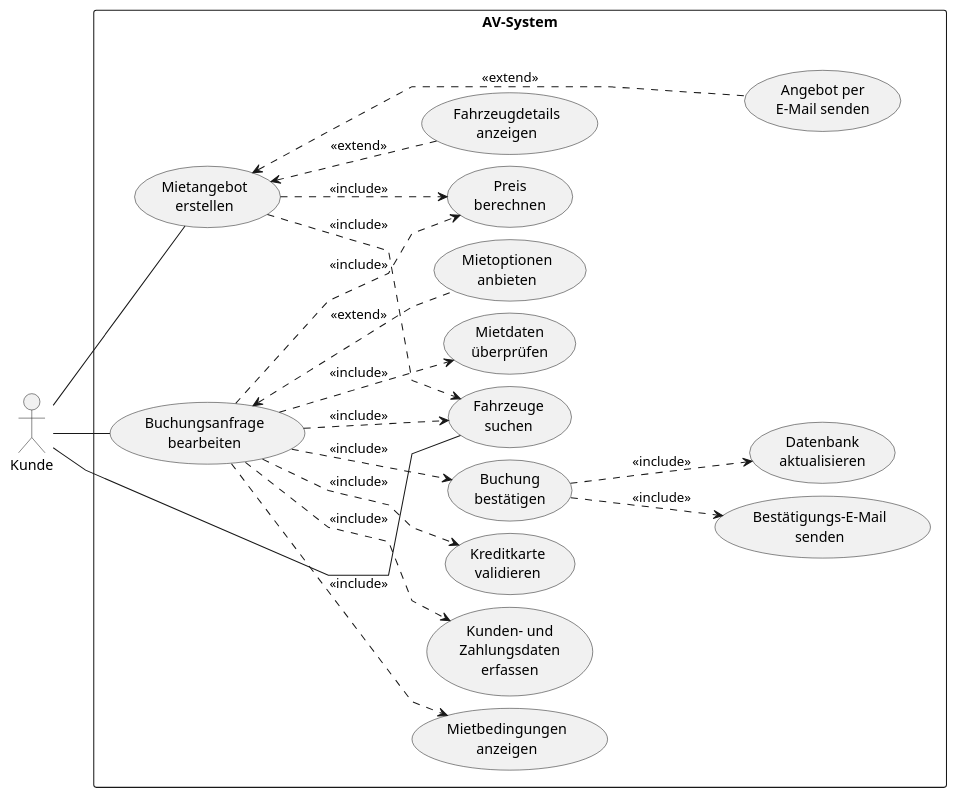
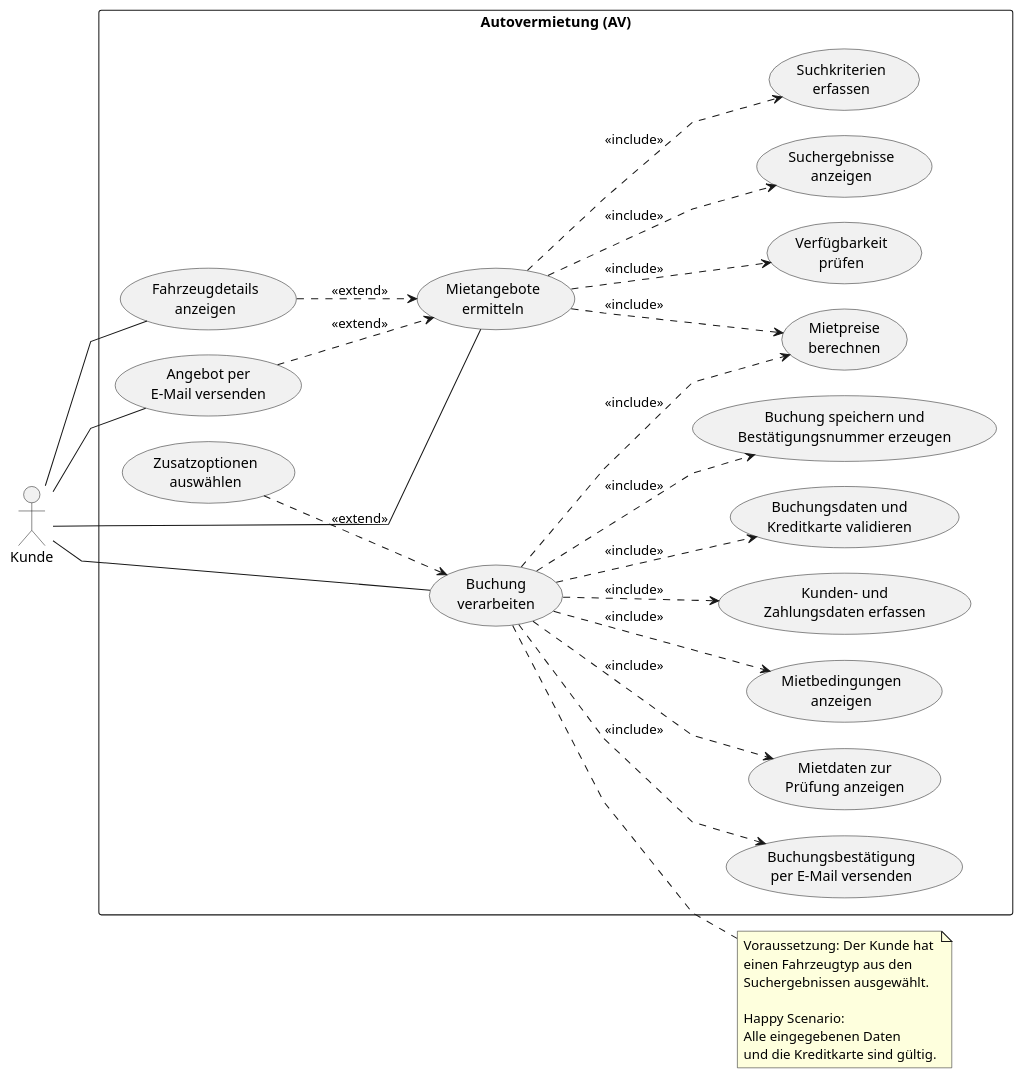
The diagram in Aufgabe2.puml (mallallaaaa/project-autovermietung-SWM1), drawn with PlantUML before and after one commit. The commit also changed other lines of this file, not shown here.

Commit message:
Refactor use cases in Aufgabe2.puml

```diff
--- a/Aufgabe2.puml
+++ b/Aufgabe2.puml
@@ -1,51 +2,75 @@
 @startuml AV_Aufgabe2
 left to right direction
+
 skinparam shadowing false
 skinparam packageStyle rectangle
 skinparam linetype polyline
-skinparam nodesep 12
-skinparam ranksep 45
+skinparam nodesep 25
+skinparam ranksep 55
 
 actor "Kunde" as K
 
-rectangle "AV-System" {
-  usecase "Fahrzeuge\nsuchen" as Search
-  usecase "Mietangebot\nerstellen" as Quote
-  usecase "Preis\nberechnen" as Price
+rectangle "Autovermietung (AV)" {
+
+  ' Fahrzeugsuche
+  usecase "Mietangebote\nermitteln" as Search
+  usecase "Suchkriterien\nerfassen" as Criteria
+  usecase "Verfügbarkeit\nprüfen" as Availability
+  usecase "Mietpreise\nberechnen" as Price
+  usecase "Suchergebnisse\nanzeigen" as Results
+
+  ' Optionale Funktionen der Suche
   usecase "Fahrzeugdetails\nanzeigen" as Details
-  usecase "Angebot per\nE-Mail senden" as QuoteEmail
+  usecase "Angebot per\nE-Mail versenden" as QuoteEmail
 
-  usecase "Buchungsanfrage\nbearbeiten" as Book
-  usecase "Mietdaten\nüberprüfen" as Review
-  usecase "Mietoptionen\nanbieten" as Options
+  ' Buchung
+  usecase "Buchung\nverarbeiten" as Book
+  usecase "Mietdaten zur\nPrüfung anzeigen" as Review
+  usecase "Zusatzoptionen\nauswählen" as Options
   usecase "Mietbedingungen\nanzeigen" as Conditions
-  usecase "Kunden- und\nZahlungsdaten\nerfassen" as Data
-  usecase "Kreditkarte\nvalidieren" as Card
-  usecase "Buchung\nbestätigen" as Confirm
-  usecase "Bestätigungs-E-Mail\nsenden" as ConfirmEmail
-  usecase "Datenbank\naktualisieren" as DB
+  usecase "Kunden- und\nZahlungsdaten erfassen" as Data
+  usecase "Buchungsdaten und\nKreditkarte validieren" as Validate
+  usecase "Buchung speichern und\nBestätigungsnummer erzeugen" as Save
+  usecase "Buchungsbestätigung\nper E-Mail versenden" as Confirm
 }
 
+' Hauptinteraktionen des Kunden
 K -- Search
-K -- Quote
+K -- Details
+K -- QuoteEmail
 K -- Book
 
-Quote ..> Search : <<include>>
-Quote ..> Price : <<include>>
-Quote <.. Details : <<extend>>
-Quote <.. QuoteEmail : <<extend>>
+' Obligatorische Funktionen der Suche
+Search ..> Criteria : <<include>>
+Search ..> Availability : <<include>>
+Search ..> Price : <<include>>
+Search ..> Results : <<include>>
 
-Book ..> Search : <<include>>
-Book ..> Price : <<include>>
+' Optionale Funktionen nach der Suche
+Details ..> Search : <<extend>>
+QuoteEmail ..> Search : <<extend>>
+
+' Obligatorische Funktionen der Buchung
 Book ..> Review : <<include>>
 Book ..> Conditions : <<include>>
 Book ..> Data : <<include>>
-Book ..> Card : <<include>>
+Book ..> Validate : <<include>>
+Book ..> Price : <<include>>
+Book ..> Save : <<include>>
 Book ..> Confirm : <<include>>
-Book <.. Options : <<extend>>
 
-Confirm ..> ConfirmEmail : <<include>>
-Confirm ..> DB : <<include>>
+' Optionale Zusatzleistungen
+Options ..> Book : <<extend>>
 
-Details -[hidden]- QuoteEmail
+' Happy Scenario
+note right of Book
+  Voraussetzung: Der Kunde hat
+  einen Fahrzeugtyp aus den
+  Suchergebnissen ausgewählt.
+
+  Happy Scenario:
+  Alle eingegebenen Daten
+  und die Kreditkarte sind gültig.
+end note
+
 @enduml
```
